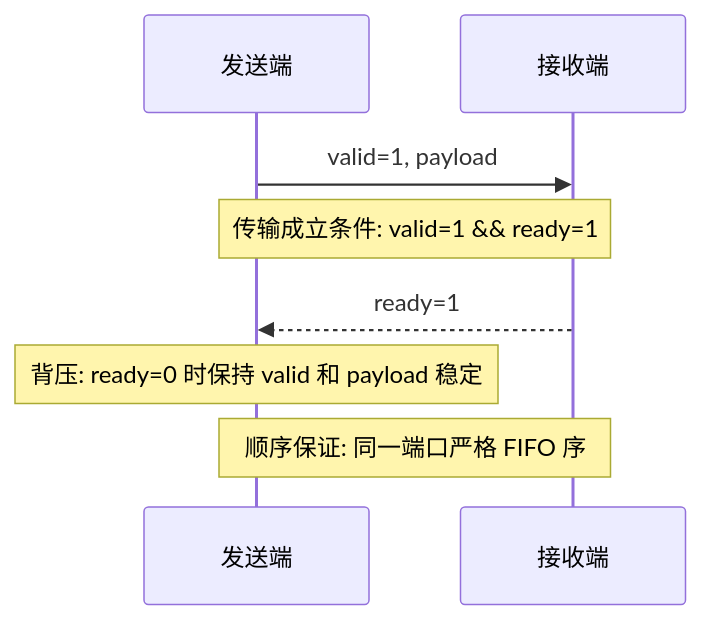
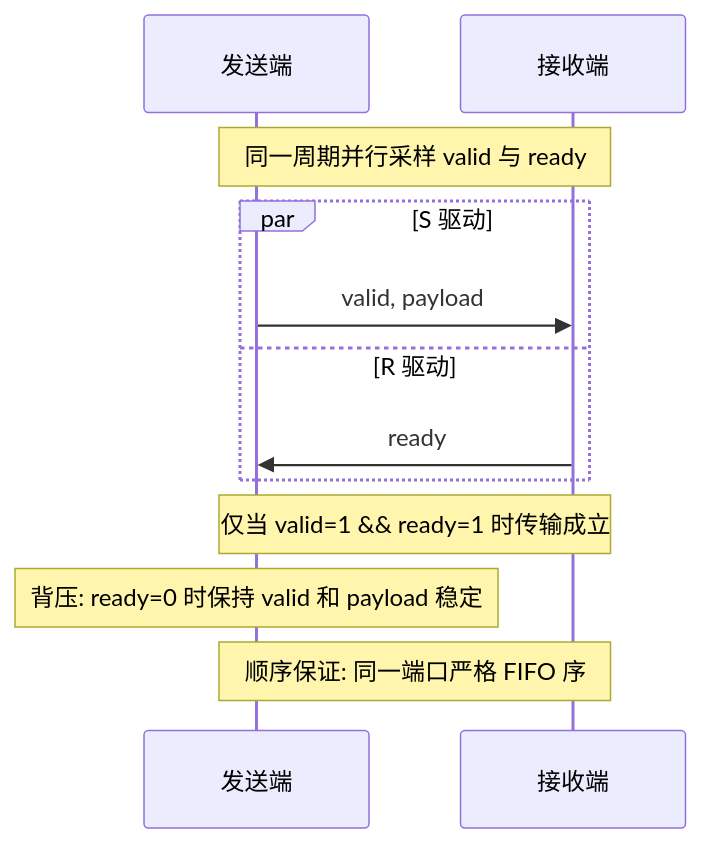
One commit to dzwduan/modern-gpu-simulator-micro-2025 changed the first of 2 diagrams in docs/detailed-design/00A-接口规范与映射约定.md. Above: the diagram before and after it, drawn with Mermaid. The commit also changed 5 other files, not shown here.

Commit message:
docs(detailed-design): fix Mermaid diagram semantics and parser compatibility

````diff
--- a/docs/detailed-design/00A-接口规范与映射约定.md
+++ b/docs/detailed-design/00A-接口规范与映射约定.md
@@ -159,10 +159,14 @@
 ```mermaid
 sequenceDiagram
     participant S as 发送端
     participant R as 接收端
-    S->>R: valid=1, payload
-    Note over S,R: 传输成立条件: valid=1 && ready=1
-    R-->>S: ready=1
+    Note over S,R: 同一周期并行采样 valid 与 ready
+    par S 驱动
+        S->>R: valid, payload
+    and R 驱动
+        R->>S: ready
+    end
+    Note over S,R: 仅当 valid=1 && ready=1 时传输成立
     Note over S: 背压: ready=0 时保持 valid 和 payload 稳定
     Note over S,R: 顺序保证: 同一端口严格 FIFO 序
 ```
````
